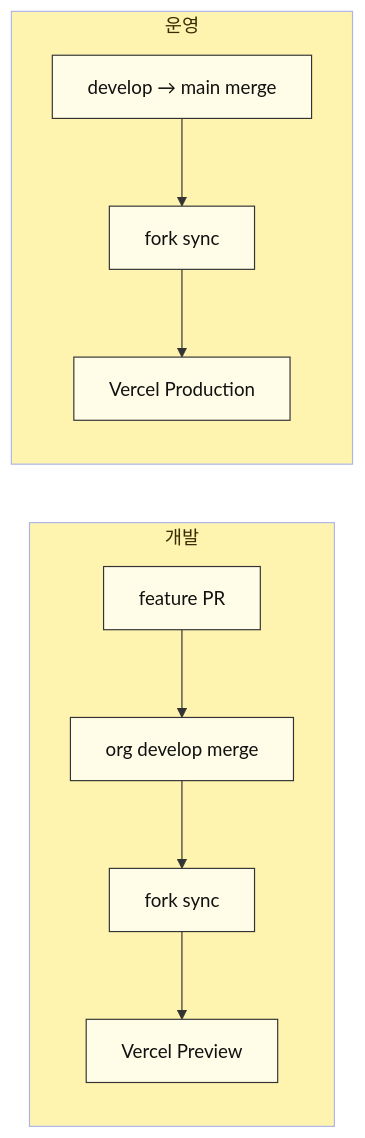
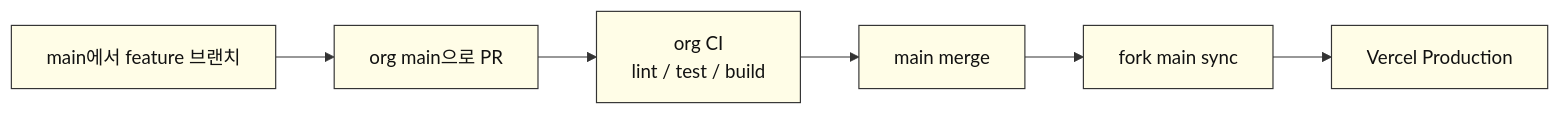
One commit to SpartaValueHub/ValueHub-FE changed the third of 6 diagrams in docs/vercel-deploy-team-notice.md. Above: the diagram before and after it, drawn with Mermaid. The commit also changed other lines of this file, not shown here.

Commit message:
docs: Vercel 안내를 main 직행 브랜치 전략에 맞게 수정

````diff
--- a/docs/vercel-deploy-team-notice.md
+++ b/docs/vercel-deploy-team-notice.md
@@ -107,17 +106,12 @@
 ```mermaid
 %%{init: {"theme":"base","themeVariables":{"primaryColor":"#FFF3B0","primaryBorderColor":"#333","lineColor":"#333","clusterBkg":"#FFF3B0"}}}%%
 flowchart LR
-  subgraph Dev["개발"]
-    A1["feature PR"] --> A2["org develop merge"]
-    A2 --> A3["fork sync"]
-    A3 --> A4["Vercel Preview"]
-  end
-
-  subgraph Prod["운영"]
-    B1["develop → main merge"] --> B2["fork sync"]
-    B2 --> B3["Vercel Production"]
-  end
+  A1["main에서 feature 브랜치"] --> A2["org main으로 PR"]
+  A2 --> A3["org CI<br/>lint / test / build"]
+  A3 --> A4["main merge"]
+  A4 --> A5["fork main sync"]
+  A5 --> A6["Vercel Production"]
 
   classDef node fill:#FFFDE7,stroke:#333,color:#111;
-  class A1,A2,A3,A4,B1,B2,B3 node;
+  class A1,A2,A3,A4,A5,A6 node;
 ```
````
